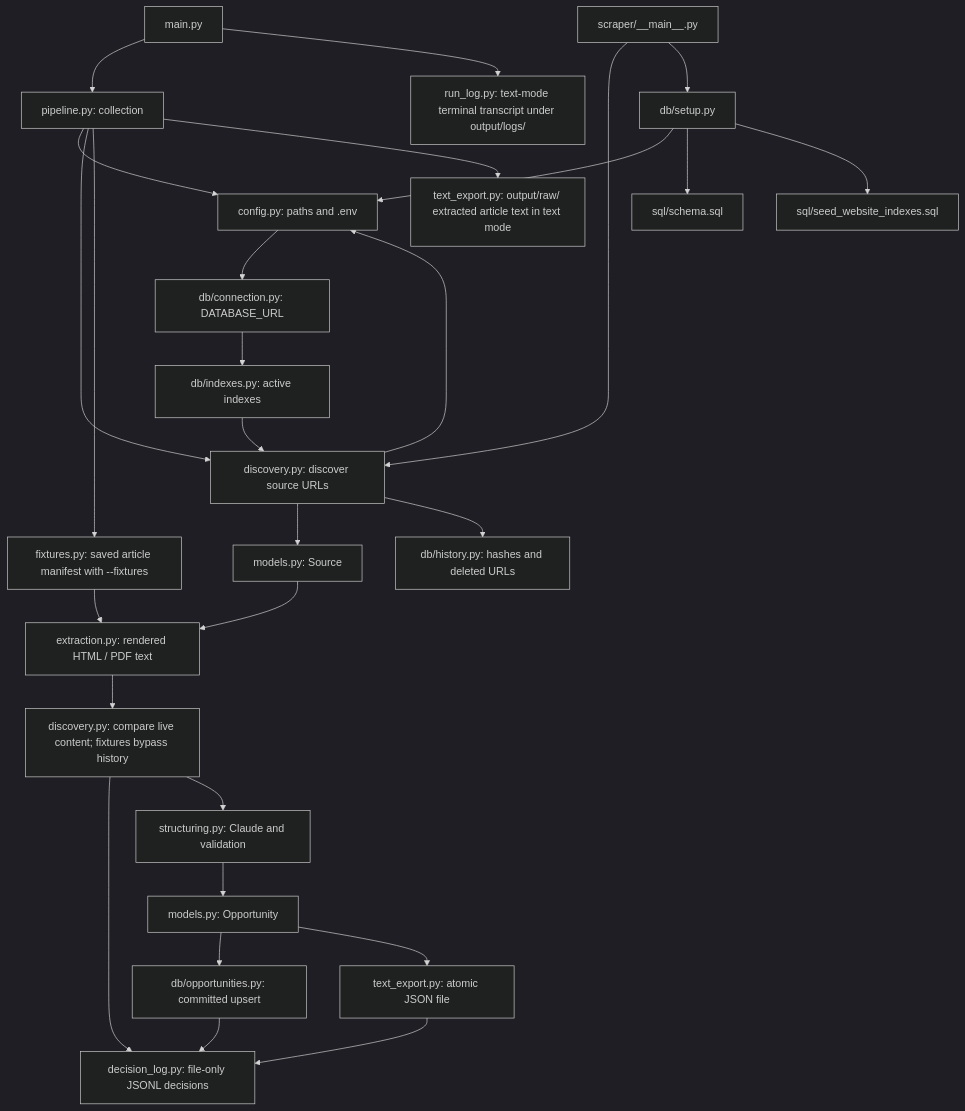
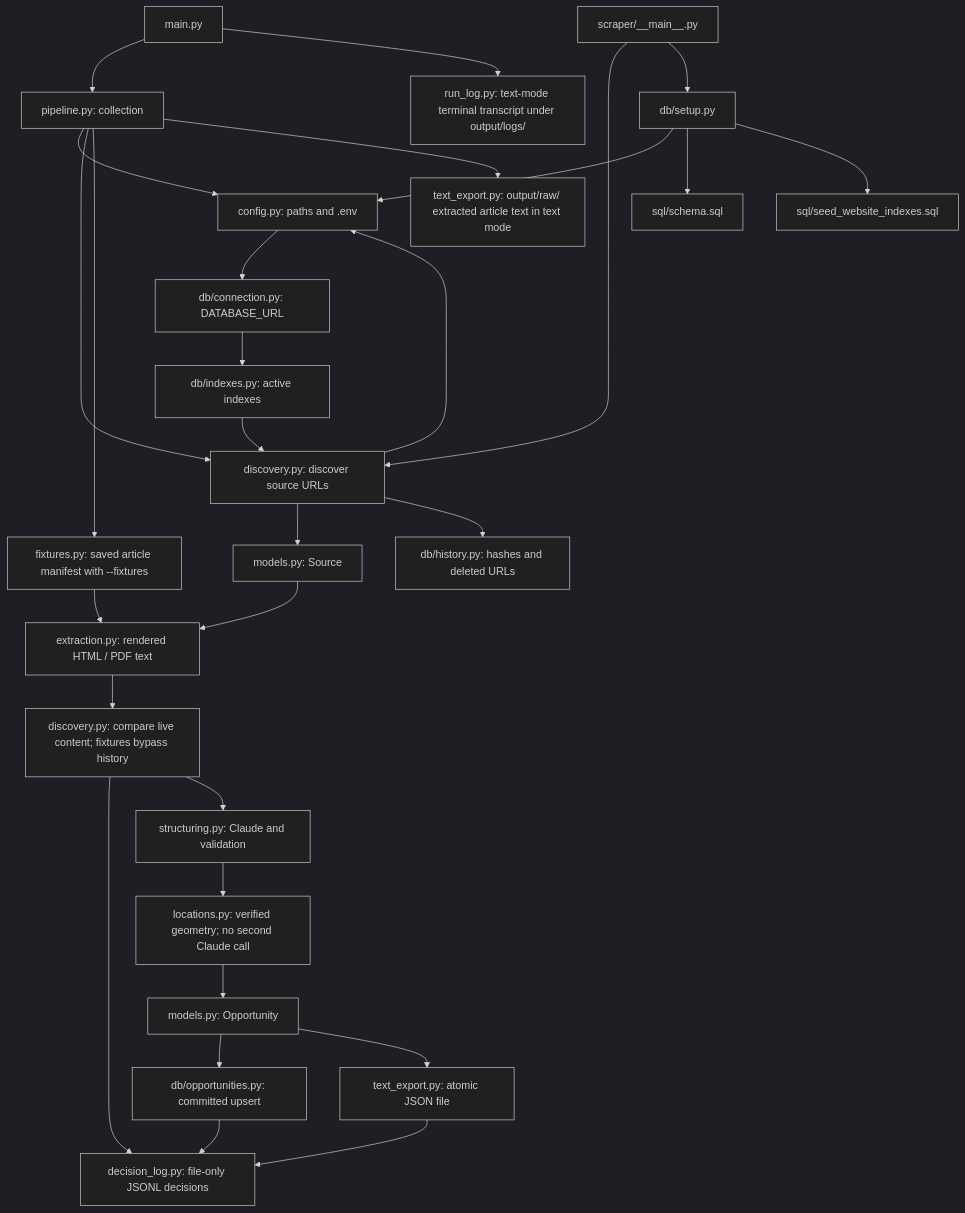
Before and after one commit to MCLWxMBI/scraper: the diagram in README.md, drawn with Mermaid (dark theme). The commit also changed other lines of this file and 9 other files, not shown here.

````diff
--- a/README.md
+++ b/README.md
@@ -169,30 +169,31 @@
 ```mermaid
 flowchart TD
     Main["main.py"] --> Pipeline["pipeline.py: collection"]
     Main --> RunLog["run_log.py: text-mode terminal transcript under output/logs/"]
     Commands["scraper/__main__.py"] --> Discovery["discovery.py: discover source URLs"]
     Commands --> Setup["db/setup.py"]
     Pipeline --> Config["config.py: paths and .env"]
     Discovery --> Config
     Setup --> Config
     Config --> Connection["db/connection.py: DATABASE_URL"]
     Connection --> Indexes["db/indexes.py: active indexes"]
     Pipeline --> Discovery
     Pipeline --> Fixtures["fixtures.py: saved article manifest with --fixtures"]
     Fixtures --> Extraction
     Indexes --> Discovery
     Discovery --> Sources["models.py: Source"]
     Sources --> Extraction["extraction.py: rendered HTML / PDF text"]
     Discovery --> History["db/history.py: hashes and deleted URLs"]
     Extraction --> Gate["discovery.py: compare live content; fixtures bypass history"]
     Gate --> Decisions["decision_log.py: file-only JSONL decisions"]
     Gate --> Structuring["structuring.py: Claude and validation"]
-    Structuring --> Opportunity["models.py: Opportunity"]
+    Structuring --> Geography["locations.py: verified geometry; no second Claude call"]
+    Geography --> Opportunity["models.py: Opportunity"]
     Opportunity --> Database["db/opportunities.py: committed upsert"]
     Opportunity --> Text["text_export.py: atomic JSON file"]
     Database --> Decisions
     Pipeline --> Raw["text_export.py: output/raw/ extracted article text in text mode"]
     Text --> Decisions
     Setup --> Schema["sql/schema.sql"]
     Setup --> Seed["sql/seed_website_indexes.sql"]
 ```
````
